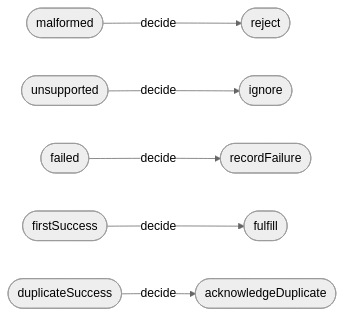
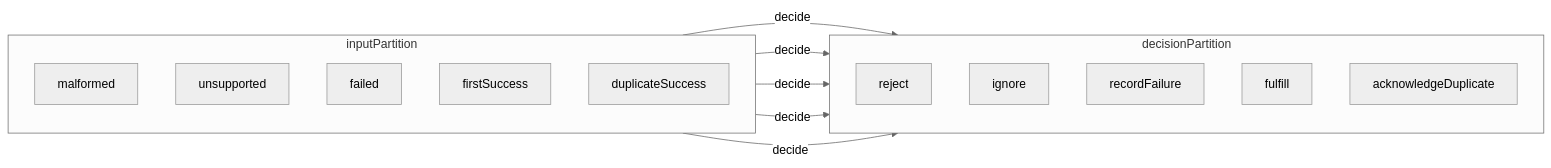
One commit to mrvanish97/archiscript changed the second of 2 diagrams in review/generated/PaymentWebhook.md. Above: the diagram before and after it, drawn with Mermaid (neutral theme). The commit also changed other lines of this file and 27 other files, not shown here.

````diff
--- a/review/generated/PaymentWebhook.md
+++ b/review/generated/PaymentWebhook.md
@@ -80,8 +86,24 @@
 ```mermaid
 flowchart LR
-  S0(["malformed"]) -->|"decide"| T0(["reject"])
-  S1(["unsupported"]) -->|"decide"| T1(["ignore"])
-  S2(["failed"]) -->|"decide"| T2(["recordFailure"])
-  S3(["firstSuccess"]) -->|"decide"| T3(["fulfill"])
-  S4(["duplicateSuccess"]) -->|"decide"| T4(["acknowledgeDuplicate"])
+  subgraph INPUT["inputPartition"]
+    direction TB
+    S0["malformed"]
+    S1["unsupported"]
+    S2["failed"]
+    S3["firstSuccess"]
+    S4["duplicateSuccess"]
+  end
+  subgraph DECISION["decisionPartition"]
+    direction TB
+    T0["reject"]
+    T1["ignore"]
+    T2["recordFailure"]
+    T3["fulfill"]
+    T4["acknowledgeDuplicate"]
+  end
+  S0 -->|"decide"| T0
+  S1 -->|"decide"| T1
+  S2 -->|"decide"| T2
+  S3 -->|"decide"| T3
+  S4 -->|"decide"| T4
 ```
````
